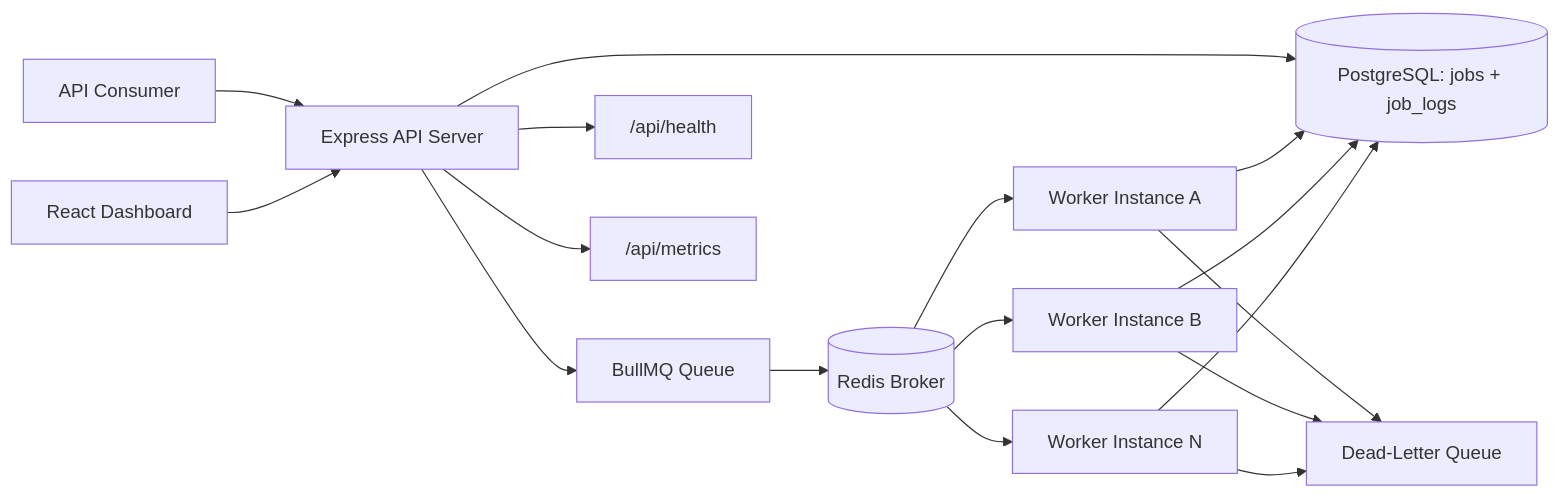
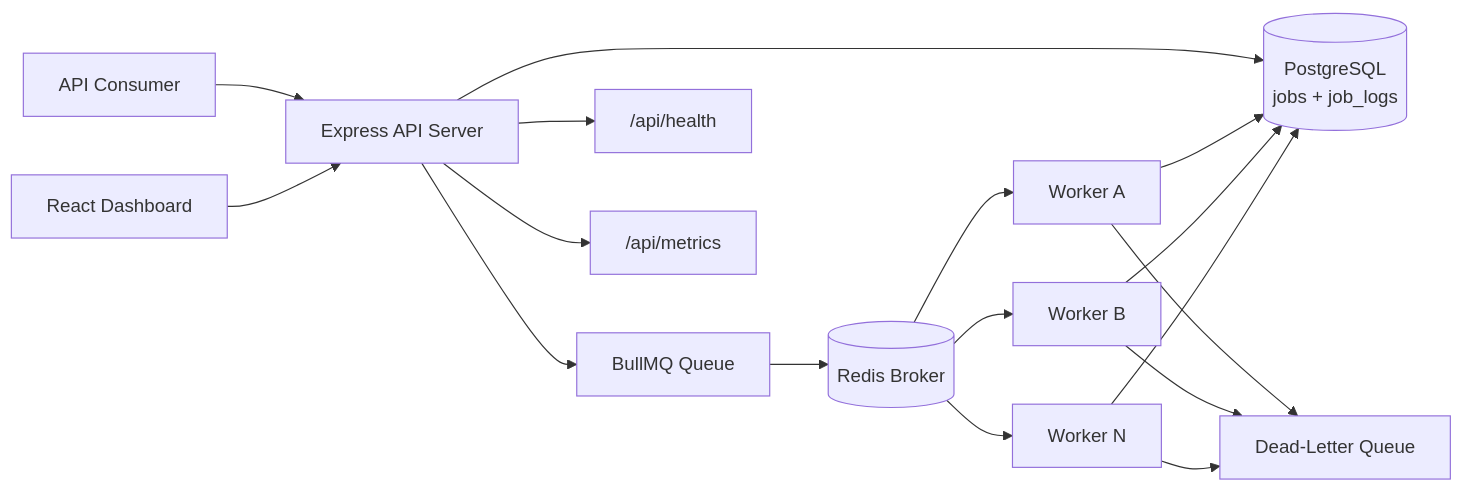
The diagram in README.md (mehmetalisahingm/distributed-job-queue-system), drawn with Mermaid before and after one commit. The commit also changed other lines of this file, not shown here.

````diff
--- a/README.md
+++ b/README.md
@@ -28,24 +42,24 @@
 ```mermaid
 flowchart LR
     Client["API Consumer"] --> API["Express API Server"]
     Dashboard["React Dashboard"] --> API
 
-    API --> JobsTable[("PostgreSQL: jobs + job_logs")]
+    API --> DB[("PostgreSQL<br/>jobs + job_logs")]
     API --> Queue["BullMQ Queue"]
     Queue --> Redis[("Redis Broker")]
 
-    Redis --> WorkerA["Worker Instance A"]
-    Redis --> WorkerB["Worker Instance B"]
-    Redis --> WorkerN["Worker Instance N"]
+    Redis --> WorkerA["Worker A"]
+    Redis --> WorkerB["Worker B"]
+    Redis --> WorkerN["Worker N"]
 
-    WorkerA --> JobsTable
-    WorkerB --> JobsTable
-    WorkerN --> JobsTable
+    WorkerA --> DB
+    WorkerB --> DB
+    WorkerN --> DB
 
     WorkerA --> DLQ["Dead-Letter Queue"]
     WorkerB --> DLQ
     WorkerN --> DLQ
 
     API --> Health["/api/health"]
     API --> Metrics["/api/metrics"]
 ```
````
